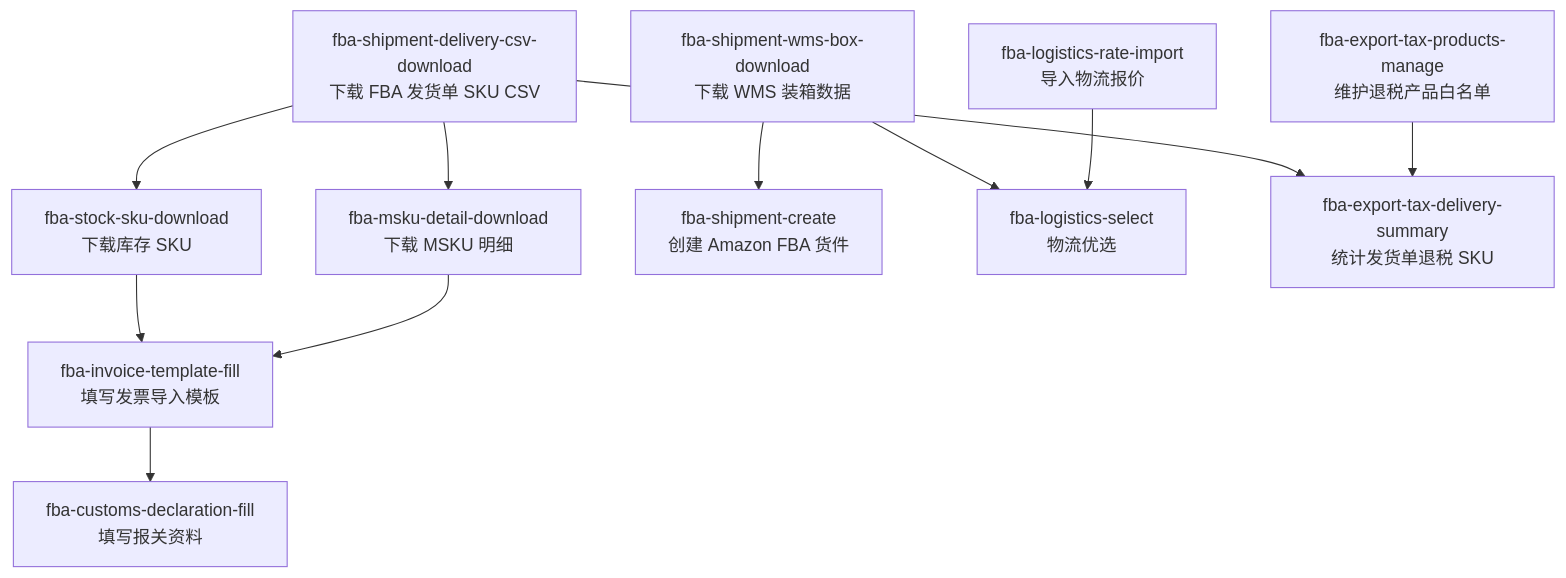
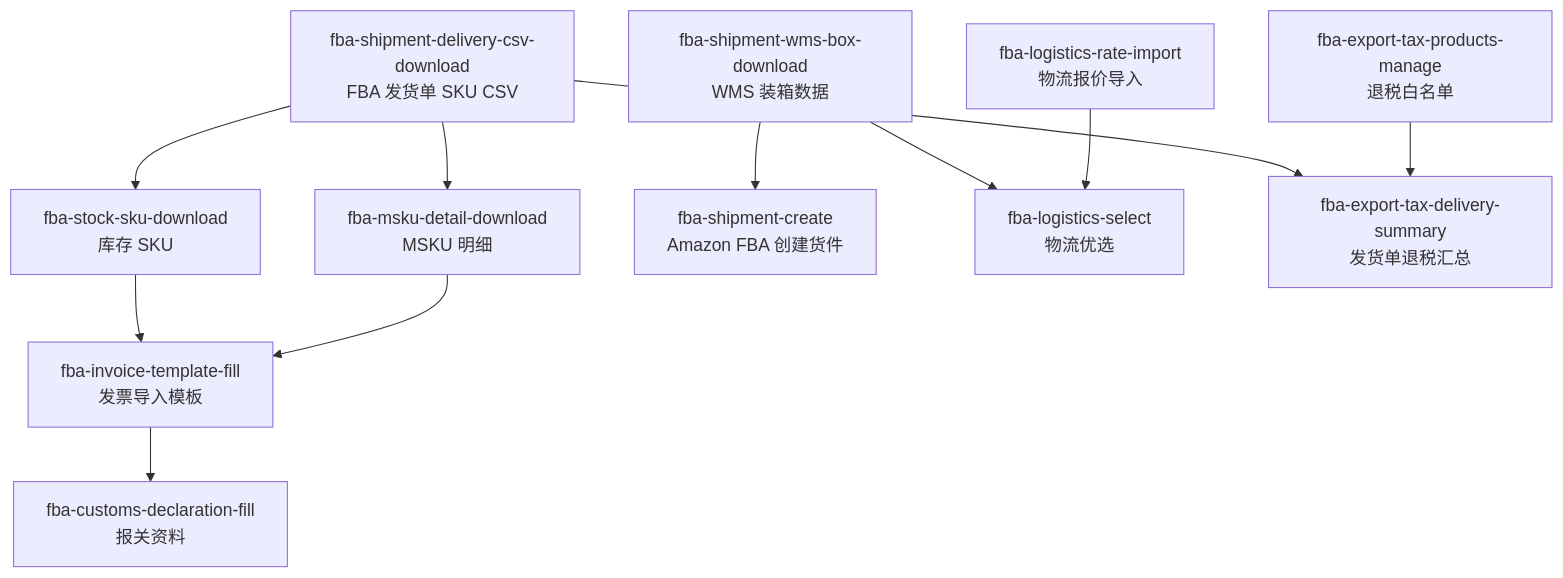
One commit to LXE123/LXE_AGENT changed the diagram in skills/fba-workflow-map/SKILL.md. Above: the diagram before and after it, drawn with Mermaid. The commit also changed other lines of this file and 12 other files, not shown here.

````diff
--- a/skills/fba-workflow-map/SKILL.md
+++ b/skills/fba-workflow-map/SKILL.md
@@ -13,15 +23,15 @@
 ```mermaid
 flowchart TD
-  A["fba-shipment-delivery-csv-download<br/>下载 FBA 发货单 SKU CSV"] --> B["fba-stock-sku-download<br/>下载库存 SKU"]
-  A --> C["fba-msku-detail-download<br/>下载 MSKU 明细"]
-  B --> D["fba-invoice-template-fill<br/>填写发票导入模板"]
+  A["fba-shipment-delivery-csv-download<br/>FBA 发货单 SKU CSV"] --> B["fba-stock-sku-download<br/>库存 SKU"]
+  A --> C["fba-msku-detail-download<br/>MSKU 明细"]
+  B --> D["fba-invoice-template-fill<br/>发票导入模板"]
   C --> D
 
-  E["fba-shipment-wms-box-download<br/>下载 WMS 装箱数据"] --> F["fba-shipment-create<br/>创建 Amazon FBA 货件"]
+  E["fba-shipment-wms-box-download<br/>WMS 装箱数据"] --> F["fba-shipment-create<br/>Amazon FBA 创建货件"]
   E --> G["fba-logistics-select<br/>物流优选"]
 
-  D --> H["fba-customs-declaration-fill<br/>填写报关资料"]
-  A --> I["fba-export-tax-delivery-summary<br/>统计发货单退税 SKU"]
-  J["fba-export-tax-products-manage<br/>维护退税产品白名单"] --> I
-  K["fba-logistics-rate-import<br/>导入物流报价"] --> G
+  D --> H["fba-customs-declaration-fill<br/>报关资料"]
+  A --> I["fba-export-tax-delivery-summary<br/>发货单退税汇总"]
+  J["fba-export-tax-products-manage<br/>退税白名单"] --> I
+  K["fba-logistics-rate-import<br/>物流报价导入"] --> G
 ```
````
